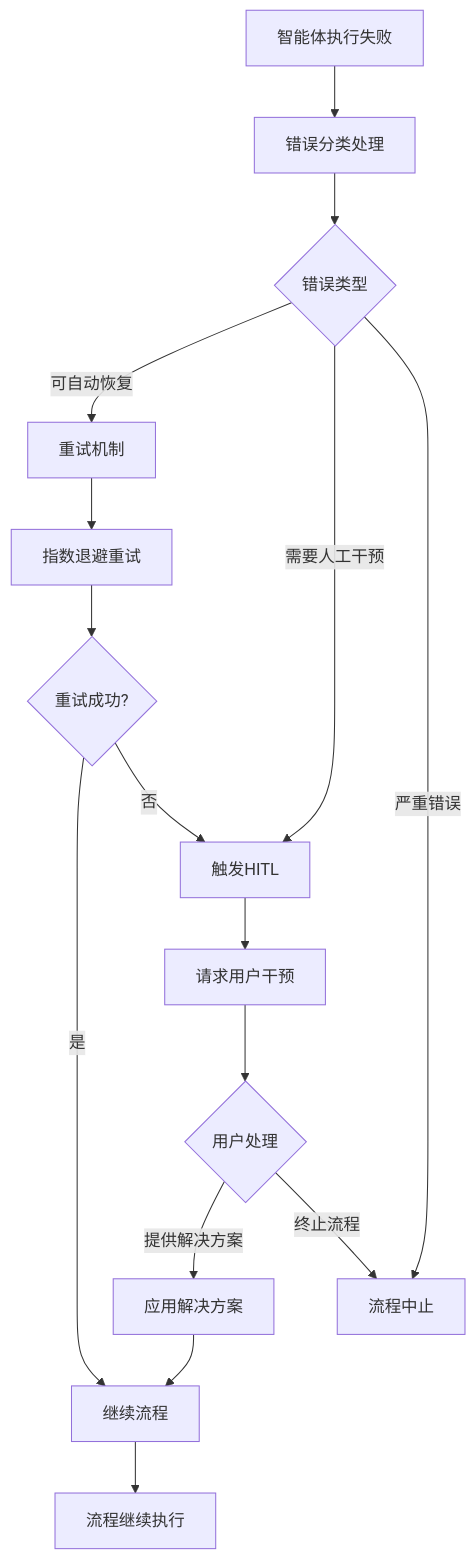
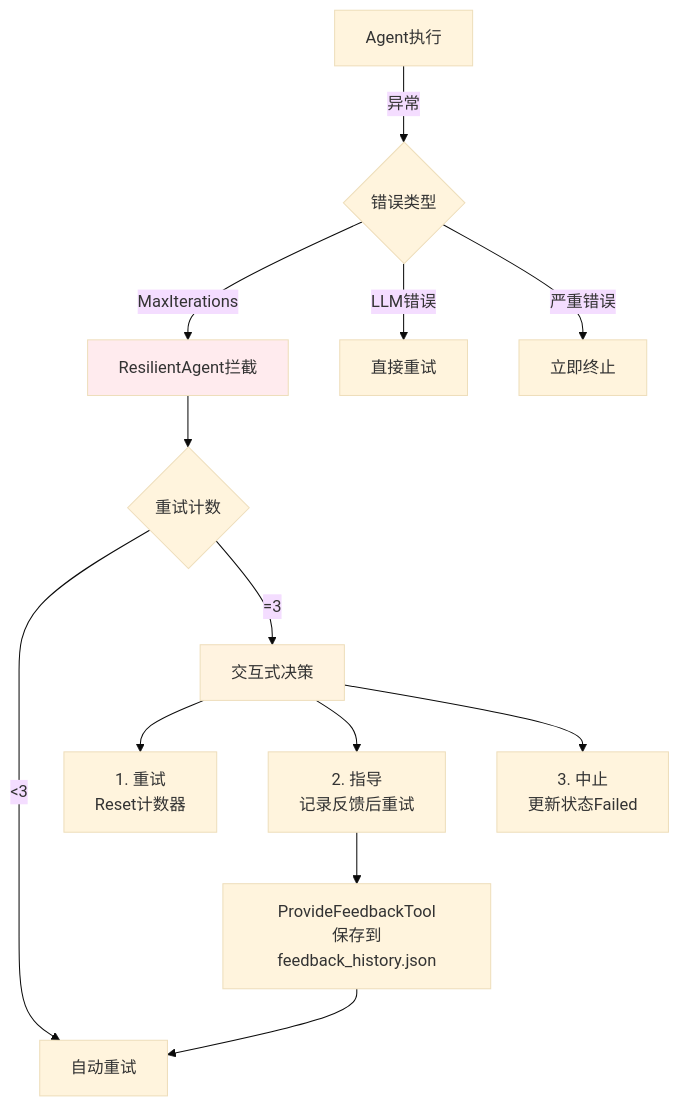
Before and after one commit to sopaco/cowork-forge: the tenth of 12 diagrams in litho.docs/zh/2、架构概览.md, drawn with Mermaid. The commit also changed other lines of this file and 27 other files, not shown here.

````diff
--- a/litho.docs/zh/2、架构概览.md
+++ b/litho.docs/zh/2、架构概览.md
@@ -549,21 +526,22 @@
 ```mermaid
-graph TD
-    A[智能体执行失败] --> B[错误分类处理]
-    B --> C{错误类型}
-    C -->|可自动恢复| D[重试机制]
-    C -->|需要人工干预| E[触发HITL]
-    C -->|严重错误| F[流程中止]
+%%{init: {'theme': 'base'}}%%
+flowchart TD
+    A[Agent执行] -->|异常| B{错误类型}
     
-    D --> G[指数退避重试]
-    G --> H{重试成功?}
-    H -->|是| I[继续流程]
-    H -->|否| E
+    B -->|MaxIterations| C[ResilientAgent拦截]
+    B -->|LLM错误| D[直接重试]
+    B -->|严重错误| E[立即终止]
     
-    E --> J[请求用户干预]
-    J --> K{用户处理}
-    K -->|提供解决方案| L[应用解决方案]
-    K -->|终止流程| F
-    L --> I
+    C --> F{重试计数}
+    F -->|<3| G[自动重试]
+    F -->|=3| H[交互式决策]
     
-    I --> M[流程继续执行]
+    H --> I[1. 重试<br/>Reset计数器]
+    H --> J[2. 指导<br/>记录反馈后重试]
+    H --> K[3. 中止<br/>更新状态Failed]
+    
+    J --> L[ProvideFeedbackTool<br/>保存到feedback_history.json] --> G
+    
+    style C fill:#ffebee
+    style H fill:#fff3e0
 ```
````
